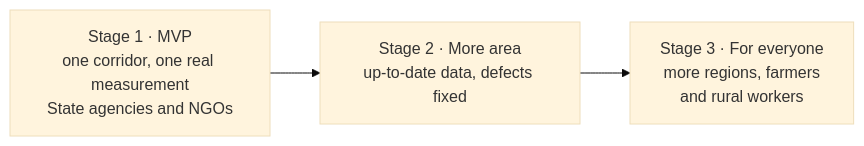
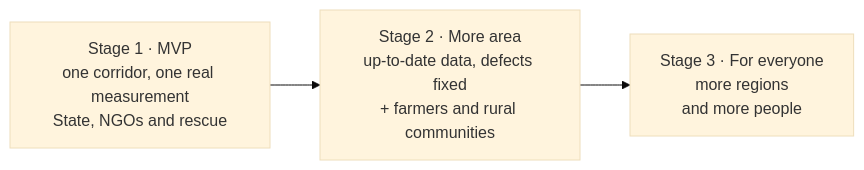
The third of 3 diagrams in README.md (jfacundoayala/baqui-space-app), drawn with Mermaid (base theme) before and after one commit. The commit also changed other lines of this file and 1 other file, not shown here.

Commit message:
README: diagrama de la hoja de ruta con productores en la etapa 2

````diff
--- a/README.md
+++ b/README.md
@@ -239,5 +239,5 @@
 ```mermaid
 flowchart LR
-    E1["Stage 1 · MVP<br/>one corridor, one real measurement<br/>State agencies and NGOs"] --> E2["Stage 2 · More area<br/>up-to-date data, defects fixed"]
-    E2 --> E3["Stage 3 · For everyone<br/>more regions, farmers<br/>and rural workers"]
+    E1["Stage 1 · MVP<br/>one corridor, one real measurement<br/>State, NGOs and rescue"] --> E2["Stage 2 · More area<br/>up-to-date data, defects fixed<br/>+ farmers and rural communities"]
+    E2 --> E3["Stage 3 · For everyone<br/>more regions<br/>and more people"]
 ```
````
